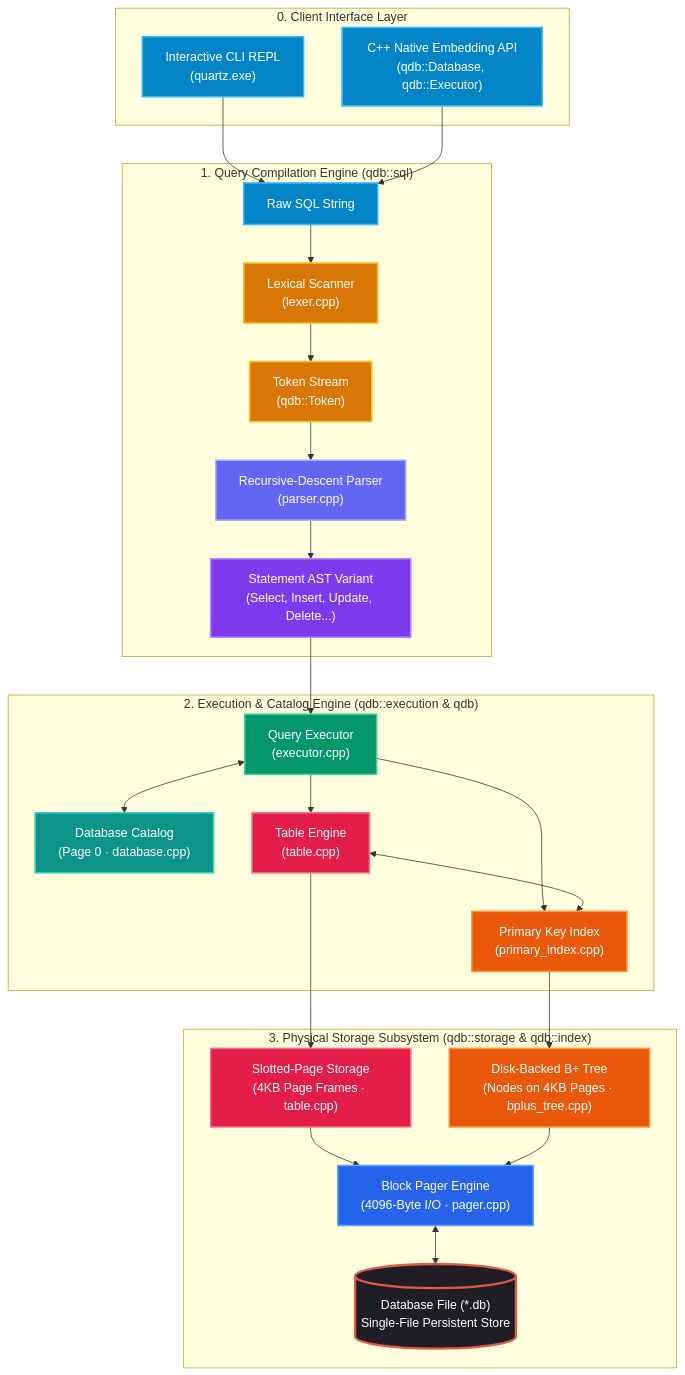
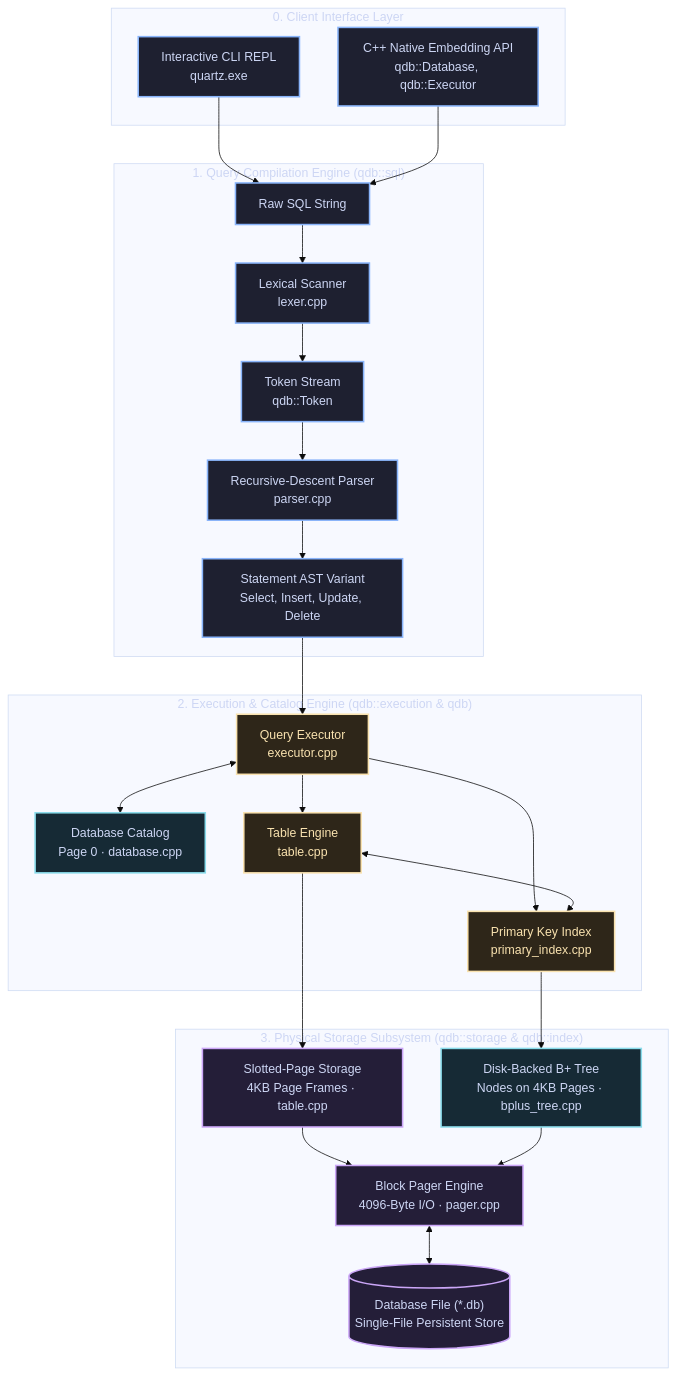
The first of 2 diagrams in docs/concepts/architecture.md (KAAZamapiloT/QUARTZ_DB), drawn with Mermaid before and after one commit. The commit also changed other lines of this file and 18 other files, not shown here.

````diff
--- a/docs/concepts/architecture.md
+++ b/docs/concepts/architecture.md
@@ -11,61 +11,57 @@
 ```mermaid
+%%{init: {'theme': 'base', 'themeVariables': {'edgeLabelBackground': '#1e1e2e', 'tertiaryTextColor': '#cdd6f4'}}}%%
 flowchart TB
-    %% Class Definitions for High-Contrast Colorful Theme
-    classDef client fill:#0284c7,stroke:#38bdf8,stroke-width:2px,color:#ffffff;
-    classDef lexer fill:#d97706,stroke:#fbbf24,stroke-width:2px,color:#ffffff;
-    classDef parser fill:#6366f1,stroke:#a5b4fc,stroke-width:2px,color:#ffffff;
-    classDef ast fill:#7c3aed,stroke:#c084fc,stroke-width:2px,color:#ffffff;
-    classDef executor fill:#059669,stroke:#34d399,stroke-width:2px,color:#ffffff;
-    classDef catalog fill:#0d9488,stroke:#2dd4bf,stroke-width:2px,color:#ffffff;
-    classDef table fill:#e11d48,stroke:#fb7185,stroke-width:2px,color:#ffffff;
-    classDef index fill:#ea580c,stroke:#fb923c,stroke-width:2px,color:#ffffff;
-    classDef pager fill:#2563eb,stroke:#60a5fa,stroke-width:2px,color:#ffffff;
-    classDef disk fill:#1e1e24,stroke:#e05a47,stroke-width:3px,color:#ffffff;
+    classDef entry fill:#1e2030,stroke:#89b4fa,stroke-width:2px,color:#cdd6f4;
+    classDef guard fill:#2e2619,stroke:#f9e2af,stroke-width:2px,color:#f9e2af;
+    classDef success fill:#182c25,stroke:#a6e3a1,stroke-width:2px,color:#a6e3a1;
+    classDef error fill:#331c24,stroke:#f38ba8,stroke-width:2px,color:#f38ba8;
+    classDef disk fill:#241e38,stroke:#cba6f7,stroke-width:2px,color:#cdd6f4;
+    classDef shared fill:#162a35,stroke:#89dceb,stroke-width:2px,color:#cdd6f4;
 
     subgraph Layer0 ["0. Client Interface Layer"]
-        CLI["Interactive CLI REPL<br>(quartz.exe)"]:::client
-        CPP["C++ Native Embedding API<br>(qdb::Database, qdb::Executor)"]:::client
+        CLI["Interactive CLI REPL<br/>quartz.exe"]:::entry
+        CPP["C++ Native Embedding API<br/>qdb::Database, qdb::Executor"]:::entry
     end
 
     subgraph Layer1 ["1. Query Compilation Engine (qdb::sql)"]
-        SQL["Raw SQL String"]:::client
-        LEX["Lexical Scanner<br>(lexer.cpp)"]:::lexer
-        TOK["Token Stream<br>(qdb::Token)"]:::lexer
-        PARSE["Recursive-Descent Parser<br>(parser.cpp)"]:::parser
-        AST["Statement AST Variant<br>(Select, Insert, Update, Delete...)"]:::ast
+        SQL["Raw SQL String"]:::entry
+        LEX["Lexical Scanner<br/>lexer.cpp"]:::entry
+        TOK["Token Stream<br/>qdb::Token"]:::entry
+        PARSE["Recursive-Descent Parser<br/>parser.cpp"]:::entry
+        AST["Statement AST Variant<br/>Select, Insert, Update, Delete"]:::entry
 
         SQL --> LEX
         LEX --> TOK
         TOK --> PARSE
         PARSE --> AST
     end
 
-    subgraph Layer2 ["2. Execution & Catalog Engine (qdb::execution & qdb)"]
-        EXEC["Query Executor<br>(executor.cpp)"]:::executor
-        CATALOG["Database Catalog<br>(Page 0 · database.cpp)"]:::catalog
-        TABLE["Table Engine<br>(table.cpp)"]:::table
-        INDEX["Primary Key Index<br>(primary_index.cpp)"]:::index
+    subgraph Layer2 ["2. Execution & Catalog Engine (qdb::execution &amp; qdb)"]
+        EXEC["Query Executor<br/>executor.cpp"]:::guard
+        CATALOG["Database Catalog<br/>Page 0 · database.cpp"]:::shared
+        TABLE["Table Engine<br/>table.cpp"]:::guard
+        INDEX["Primary Key Index<br/>primary_index.cpp"]:::guard
 
         AST --> EXEC
         EXEC <--> CATALOG
         EXEC --> TABLE
         EXEC --> INDEX
         TABLE <--> INDEX
     end
 
-    subgraph Layer3 ["3. Physical Storage Subsystem (qdb::storage & qdb::index)"]
-        SLOT["Slotted-Page Storage<br>(4KB Page Frames · table.cpp)"]:::table
-        BPT["Disk-Backed B+ Tree<br>(Nodes on 4KB Pages · bplus_tree.cpp)"]:::index
-        PAGER["Block Pager Engine<br>(4096-Byte I/O · pager.cpp)"]:::pager
-        DISK[("Database File (*.db)<br>Single-File Persistent Store")]:::disk
+    subgraph Layer3 ["3. Physical Storage Subsystem (qdb::storage &amp; qdb::index)"]
+        SLOT["Slotted-Page Storage<br/>4KB Page Frames · table.cpp"]:::disk
+        BPT["Disk-Backed B+ Tree<br/>Nodes on 4KB Pages · bplus_tree.cpp"]:::shared
+        PAGER["Block Pager Engine<br/>4096-Byte I/O · pager.cpp"]:::disk
+        DISK[("Database File (*.db)<br/>Single-File Persistent Store")]:::disk
 
         TABLE --> SLOT
         INDEX --> BPT
         SLOT --> PAGER
         BPT --> PAGER
         PAGER <--> DISK
     end
 
     CLI --> SQL
     CPP --> SQL
 ```
````
